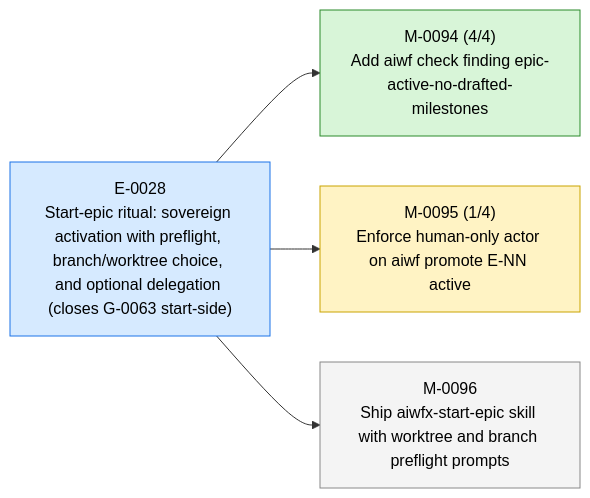
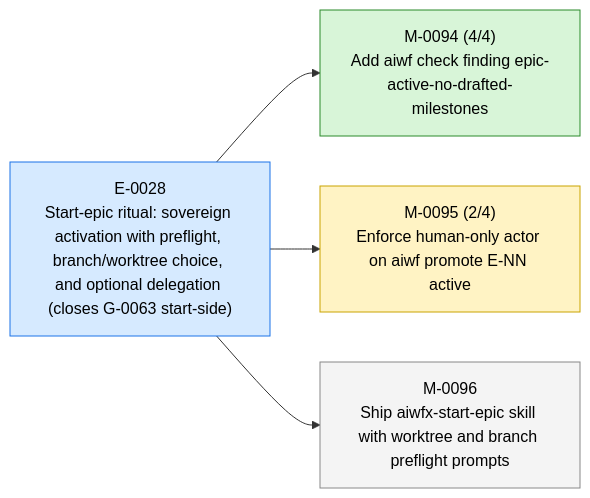
The first of 3 diagrams in STATUS.md (23min/aiwf), drawn with Mermaid before and after one commit. The commit also changed other lines of this file and 1 other file, not shown here.

First line of the commit message:
aiwf promote M-0095/AC-2 open -> met

````diff
--- a/STATUS.md
+++ b/STATUS.md
@@ -15,16 +15,16 @@
 ```mermaid
 flowchart LR
   E_0028["E-0028<br/>Start-epic ritual: sovereign activation with preflight, branch/worktree choice, and optional delegation (closes G-0063 start-side)"]:::epic_active
   M_0094["M-0094 (4/4)<br/>Add aiwf check finding epic-active-no-drafted-milestones"]:::ms_done
   E_0028 --> M_0094
-  M_0095["M-0095 (1/4)<br/>Enforce human-only actor on aiwf promote E-NN active"]:::ms_in_progress
+  M_0095["M-0095 (2/4)<br/>Enforce human-only actor on aiwf promote E-NN active"]:::ms_in_progress
   E_0028 --> M_0095
   M_0096["M-0096<br/>Ship aiwfx-start-epic skill with worktree and branch preflight prompts"]:::ms_draft
   E_0028 --> M_0096
   classDef epic_active fill:#d6eaff,stroke:#1a73e8,color:#000
   classDef epic_proposed fill:#f4f4f4,stroke:#888,color:#000
   classDef ms_done fill:#d8f5d8,stroke:#2a8a2a,color:#000
   classDef ms_in_progress fill:#fff3c4,stroke:#caa400,color:#000
   classDef ms_draft fill:#f4f4f4,stroke:#888,color:#000
   classDef ms_cancelled fill:#fbeaea,stroke:#c33,color:#000
 ```
````
